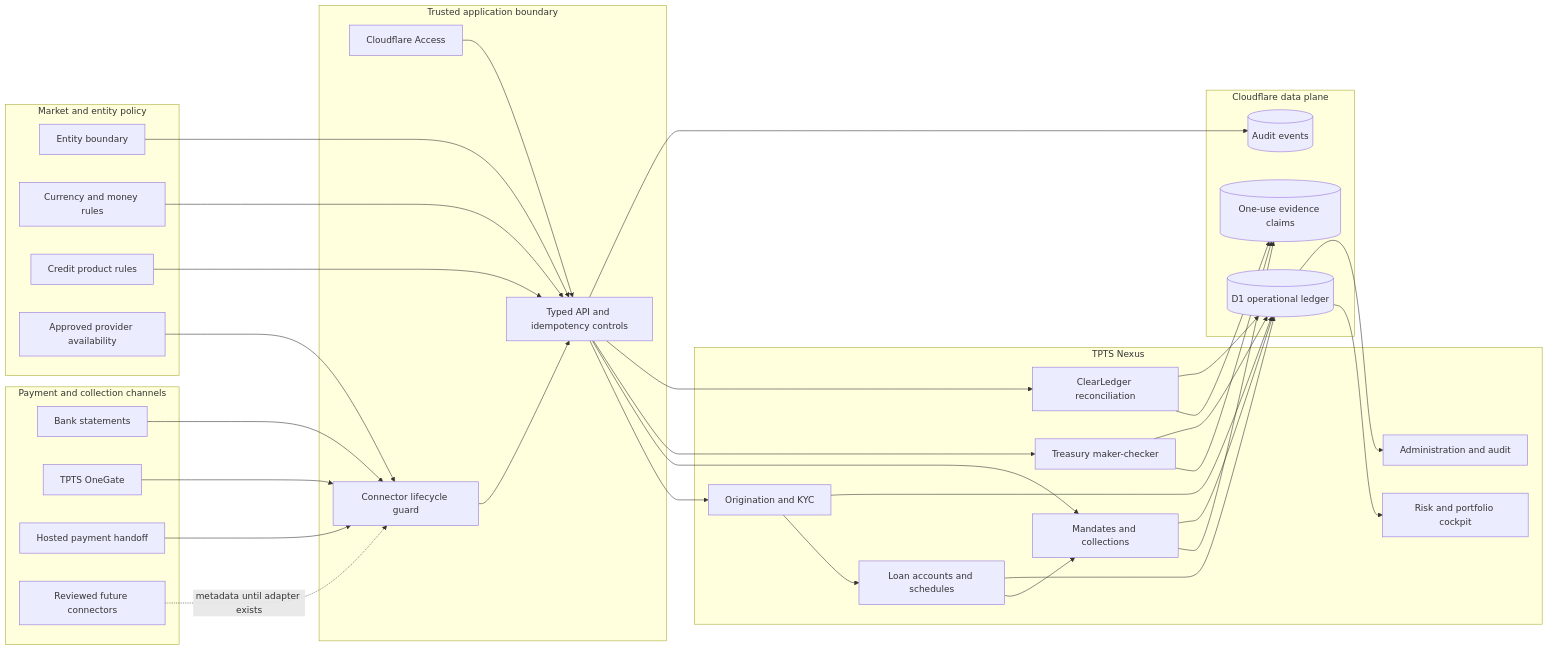
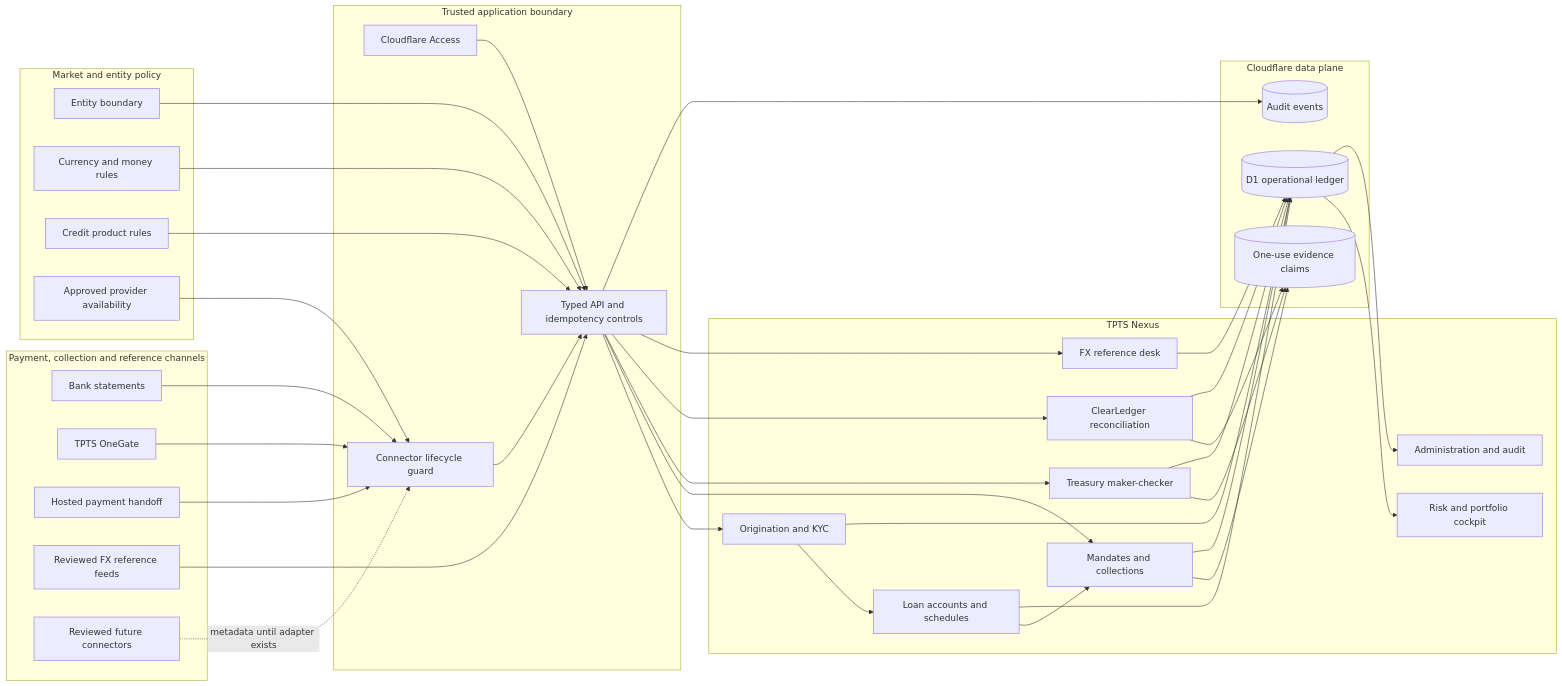
One commit to freeman-ipumbu/tpts-ledger-case-study changed the diagram in ARCHITECTURE.md. Above: the diagram before and after it, drawn with Mermaid. The commit also changed other lines of this file and 2 other files, not shown here.

Commit message:
Document resilient FX reference desk

````diff
--- a/ARCHITECTURE.md
+++ b/ARCHITECTURE.md
@@ -6,66 +6,71 @@
 ```mermaid
 flowchart LR
-  subgraph channels[Payment and collection channels]
+  subgraph channels[Payment, collection and reference channels]
     BANK[Bank statements]
     ONE[TPTS OneGate]
     LINK[Hosted payment handoff]
+    FXFEEDS[Reviewed FX reference feeds]
     FUTURE[Reviewed future connectors]
   end
 
   subgraph edge[Trusted application boundary]
     ACCESS[Cloudflare Access]
     API[Typed API and idempotency controls]
     CONNECT[Connector lifecycle guard]
   end
 
   subgraph nexus[TPTS Nexus]
     ORIG[Origination and KYC]
     LOANS[Loan accounts and schedules]
     COLLECT[Mandates and collections]
     TREASURY[Treasury maker-checker]
     LEDGER[ClearLedger reconciliation]
+    FX[FX reference desk]
     RISK[Risk and portfolio cockpit]
     ADMIN[Administration and audit]
   end
 
   subgraph policy[Market and entity policy]
     ENTITY[Entity boundary]
     CURRENCY[Currency and money rules]
     PRODUCT[Credit product rules]
     RAILS[Approved provider availability]
   end
 
   subgraph data[Cloudflare data plane]
     D1[(D1 operational ledger)]
     EVIDENCE[(One-use evidence claims)]
     AUDIT[(Audit events)]
   end
 
   BANK --> CONNECT
   ONE --> CONNECT
   LINK --> CONNECT
+  FXFEEDS --> API
   FUTURE -. metadata until adapter exists .-> CONNECT
   ACCESS --> API
   CONNECT --> API
   ENTITY --> API
   CURRENCY --> API
   PRODUCT --> API
   RAILS --> CONNECT
   API --> ORIG
   API --> COLLECT
   API --> TREASURY
   API --> LEDGER
+  API --> FX
   ORIG --> LOANS
   LOANS --> COLLECT
   TREASURY --> EVIDENCE
   COLLECT --> EVIDENCE
   LEDGER --> EVIDENCE
   ORIG --> D1
   LOANS --> D1
   COLLECT --> D1
   TREASURY --> D1
   LEDGER --> D1
+  FX --> D1
   D1 --> RISK
   D1 --> ADMIN
   API --> AUDIT
 ```
````
